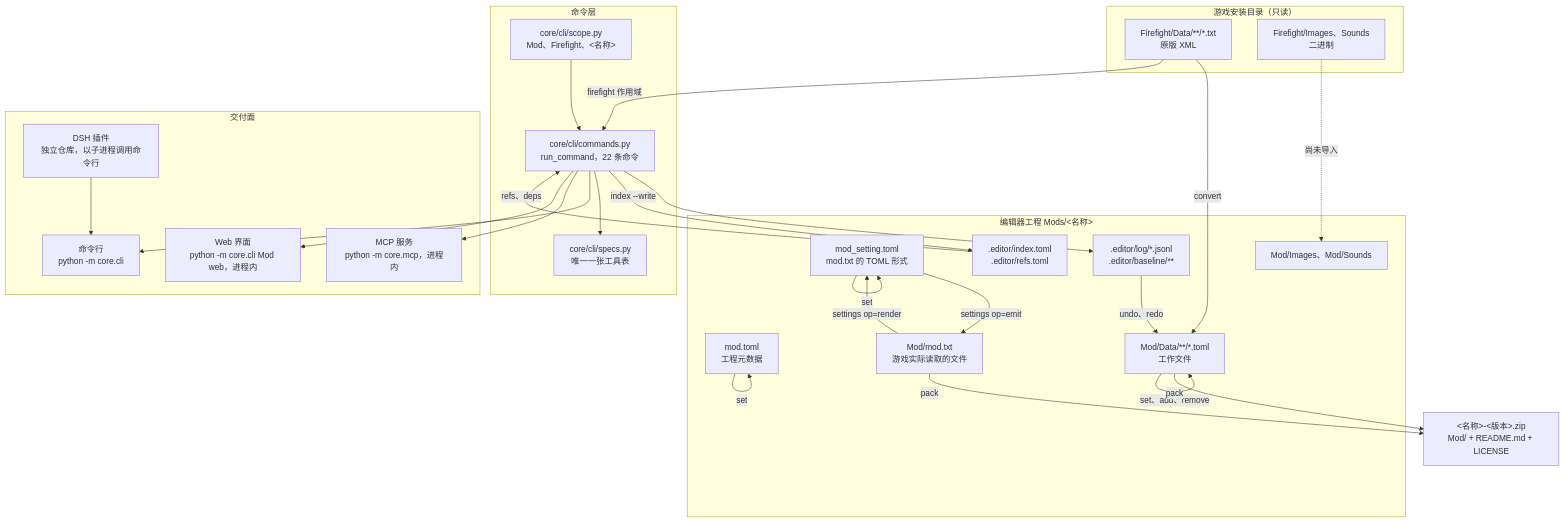
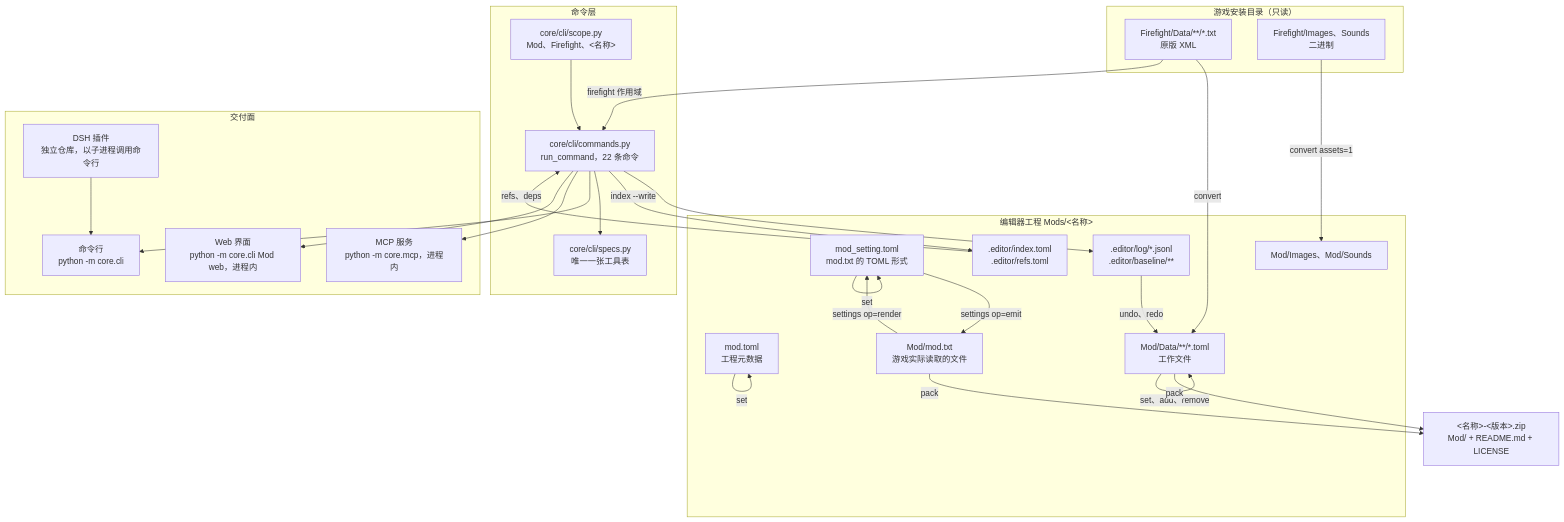
One commit to BiancaoAwa/firefight-mod-editor-open changed the diagram in docs/flow.zh-CN.md. Above: the diagram before and after it, drawn with Mermaid. The commit also changed other lines of this file and 13 other files, not shown here.

````diff
--- a/docs/flow.zh-CN.md
+++ b/docs/flow.zh-CN.md
@@ -7,53 +7,53 @@
 ```mermaid
 flowchart TD
     subgraph stock["游戏安装目录（只读）"]
         A1["Firefight/Data/**/*.txt<br/>原版 XML"]
         A2["Firefight/Images、Sounds<br/>二进制"]
     end
 
     subgraph project["编辑器工程 Mods/&lt;名称&gt;"]
         B1["mod.toml<br/>工程元数据"]
         B2["mod_setting.toml<br/>mod.txt 的 TOML 形式"]
         B3["Mod/mod.txt<br/>游戏实际读取的文件"]
         B4["Mod/Data/**/*.toml<br/>工作文件"]
         B5["Mod/Images、Mod/Sounds"]
         B6[".editor/log/*.jsonl<br/>.editor/baseline/**"]
         B7[".editor/index.toml<br/>.editor/refs.toml"]
     end
 
     subgraph layer["命令层"]
         C1["core/cli/commands.py<br/>run_command，22 条命令"]
         C2["core/cli/specs.py<br/>唯一一张工具表"]
         C3["core/cli/scope.py<br/>Mod、Firefight、&lt;名称&gt;"]
     end
 
     subgraph faces["交付面"]
         D1["命令行<br/>python -m core.cli"]
         D2["MCP 服务<br/>python -m core.mcp，进程内"]
         D3["Web 界面<br/>python -m core.cli Mod web，进程内"]
         D4["DSH 插件<br/>独立仓库，以子进程调用命令行"]
     end
 
     E1["&lt;名称&gt;-&lt;版本&gt;.zip<br/>Mod/ + README.md + LICENSE"]
 
     A1 -->|convert| B4
-    A2 -.->|尚未导入| B5
+    A2 -->|"convert assets=1"| B5
     A1 -->|firefight 作用域| C1
     B3 -->|settings op=render| B2
     B2 -->|settings op=emit| B3
     B4 -->|set、add、remove| B4
     B1 -->|set| B1
     B2 -->|set| B2
     C1 --> B6
     B6 -->|undo、redo| B4
     C1 -->|index --write| B7
     B7 -->|refs、deps| C1
     B4 -->|pack| E1
     B3 -->|pack| E1
     C3 --> C1
     C1 --> C2
     C1 --> D1
     C1 --> D2
     C1 --> D3
     D4 --> D1
 ```
````
